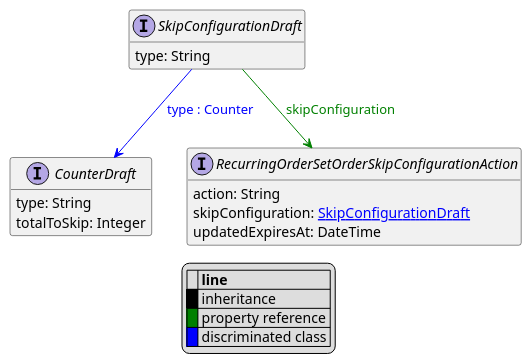
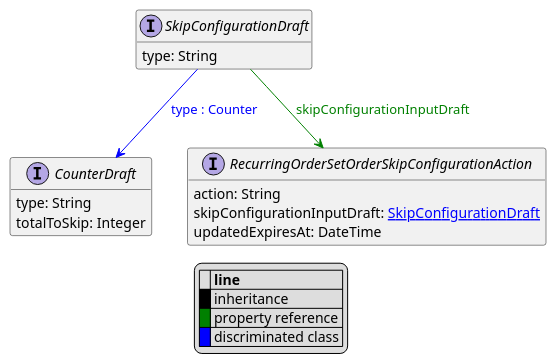
The diagram in uml/api/SkipConfigurationDraft.puml (commercetools/commercetools-api-reference), drawn with PlantUML before and after one commit. The commit also changed 7 other files, not shown here.

```diff
--- a/uml/api/SkipConfigurationDraft.puml
+++ b/uml/api/SkipConfigurationDraft.puml
@@ -1,27 +1,27 @@
 @startuml
 
 hide empty fields
 hide empty methods
 legend
 |= |= line |
 |<back:black>   </back>| inheritance |
 |<back:green>   </back>| property reference |
 |<back:blue>   </back>| discriminated class |
 endlegend
 interface SkipConfigurationDraft [[SkipConfigurationDraft.svg]]  {
     type: String
 }
 
 
 interface CounterDraft [[CounterDraft.svg]]  {
     type: String
     totalToSkip: Integer
 }
 interface RecurringOrderSetOrderSkipConfigurationAction [[RecurringOrderSetOrderSkipConfigurationAction.svg]]  {
     action: String
-    skipConfiguration: [[SkipConfigurationDraft.svg SkipConfigurationDraft]]
+    skipConfigurationInputDraft: [[SkipConfigurationDraft.svg SkipConfigurationDraft]]
     updatedExpiresAt: DateTime
 }
 SkipConfigurationDraft --> CounterDraft #blue;text:blue : "type : Counter"
-SkipConfigurationDraft --> RecurringOrderSetOrderSkipConfigurationAction #green;text:green : "skipConfiguration"
+SkipConfigurationDraft --> RecurringOrderSetOrderSkipConfigurationAction #green;text:green : "skipConfigurationInputDraft"
 @enduml
```
